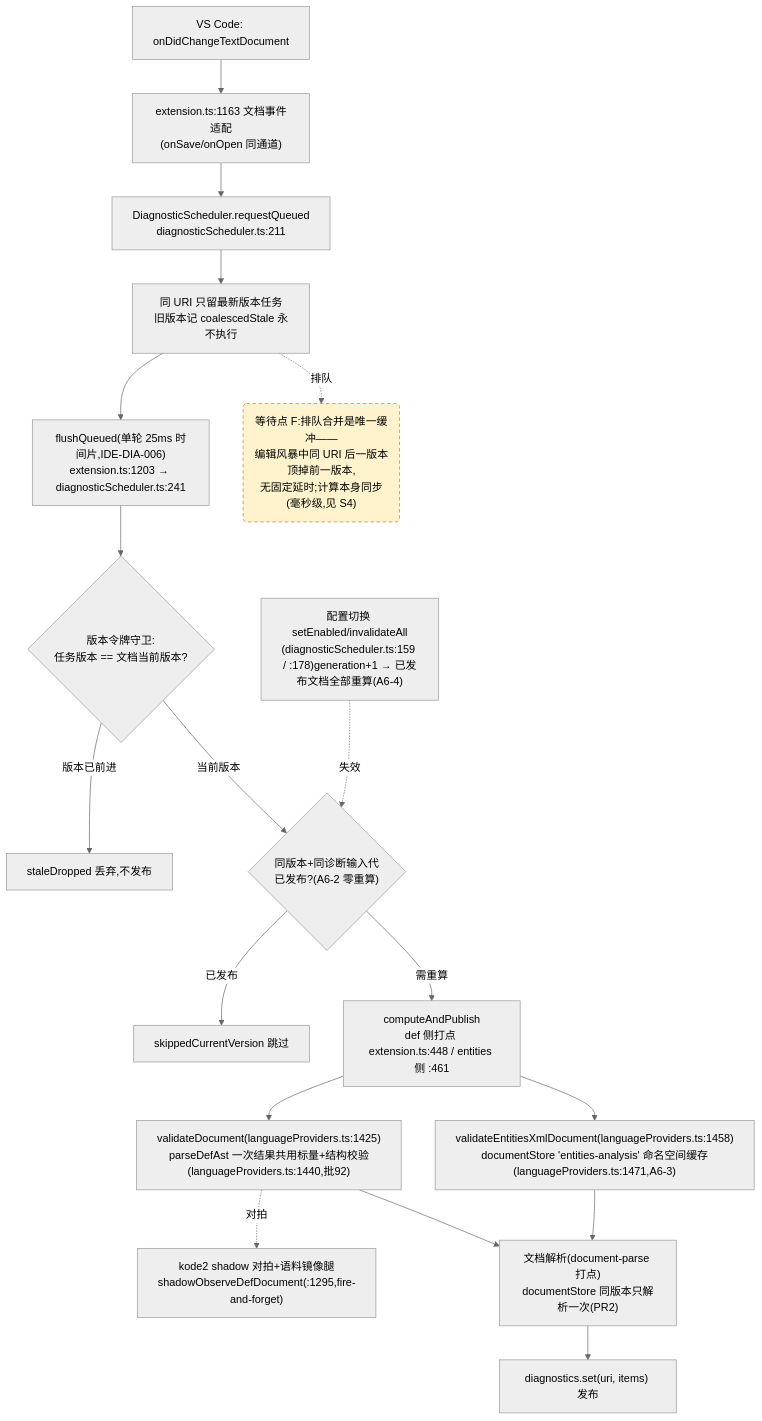
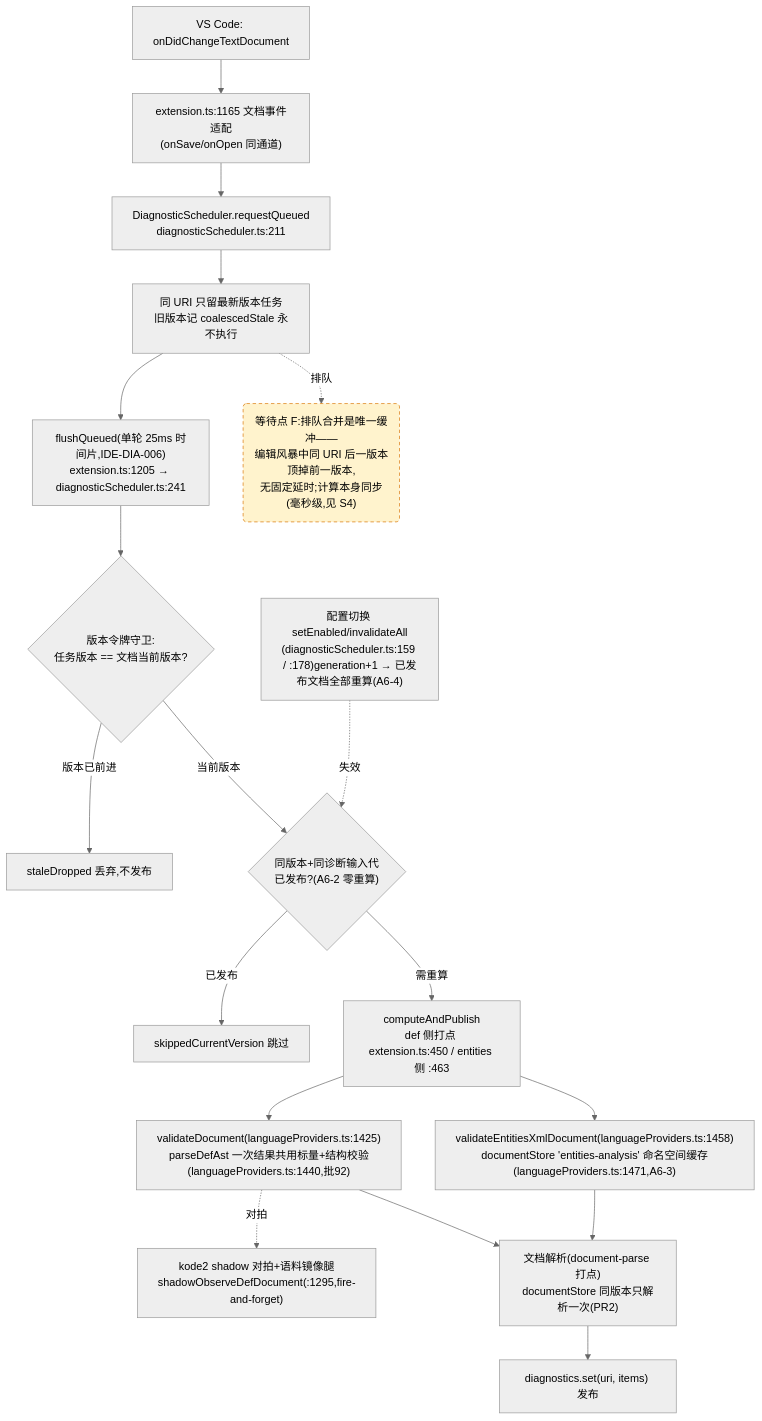
Before and after one commit to cuihairu/kode: the fourth of 4 diagrams in docs/perf/2026-baseline.md, drawn with Mermaid (neutral theme). The commit also changed other lines of this file and 11 other files, not shown here.

````diff
--- a/docs/perf/2026-baseline.md
+++ b/docs/perf/2026-baseline.md
@@ -214,38 +214,38 @@
 ```mermaid
 flowchart TD
   CHG["VS Code: onDidChangeTextDocument"]
-  WATCH["extension.ts:1163 文档事件适配<br/>(onSave/onOpen 同通道)"]
+  WATCH["extension.ts:1165 文档事件适配<br/>(onSave/onOpen 同通道)"]
   RQ["DiagnosticScheduler.requestQueued<br/>diagnosticScheduler.ts:211"]
   CO["同 URI 只留最新版本任务<br/>旧版本记 coalescedStale 永不执行"]
-  FL["flushQueued(单轮 25ms 时间片,IDE-DIA-006)<br/>extension.ts:1203 → diagnosticScheduler.ts:241"]
+  FL["flushQueued(单轮 25ms 时间片,IDE-DIA-006)<br/>extension.ts:1205 → diagnosticScheduler.ts:241"]
   VG{"版本令牌守卫:<br/>任务版本 == 文档当前版本?"}
   DROP["staleDropped 丢弃,不发布"]
   GEN{"同版本+同诊断输入代<br/>已发布?(A6-2 零重算)"}
   SKIP["skippedCurrentVersion 跳过"]
-  CALC["computeAndPublish<br/>def 侧打点 extension.ts:448 / entities 侧 :461"]
+  CALC["computeAndPublish<br/>def 侧打点 extension.ts:450 / entities 侧 :463"]
   VD["validateDocument(languageProviders.ts:1425)<br/>parseDefAst 一次结果共用标量+结构校验(languageProviders.ts:1440,批92)"]
   VEX["validateEntitiesXmlDocument(languageProviders.ts:1458)<br/>documentStore 'entities-analysis' 命名空间缓存(languageProviders.ts:1471,A6-3)"]
   SHDD["kode2 shadow 对拍+语料镜像腿<br/>shadowObserveDefDocument(:1295,fire-and-forget)"]
   DS["文档解析(document-parse 打点)<br/>documentStore 同版本只解析一次(PR2)"]
   PUB["diagnostics.set(uri, items) 发布"]
   CFG2["配置切换 setEnabled/invalidateAll<br/>(diagnosticScheduler.ts:159 / :178)generation+1 → 已发布文档全部重算(A6-4)"]
 
   CHG --> WATCH --> RQ --> CO --> FL --> VG
   VG -- "版本已前进" --> DROP
   VG -- "当前版本" --> GEN
   GEN -- "已发布" --> SKIP
   GEN -- "需重算" --> CALC
   CALC --> VD
   CALC --> VEX
   VD --> DS
   VEX --> DS
   DS --> PUB
   VD -.->|对拍| SHDD
   CFG2 -.->|失效| GEN
 
   WAITF("等待点 F:排队合并是唯一缓冲——<br/>编辑风暴中同 URI 后一版本顶掉前一版本,<br/>无固定延时;计算本身同步(毫秒级,见 S4)")
   CO -.->|排队| WAITF
 
   classDef waitPoint fill:#fff3cd,stroke:#d97706,stroke-dasharray:5 4;
   class WAITF waitPoint;
 ```
````
